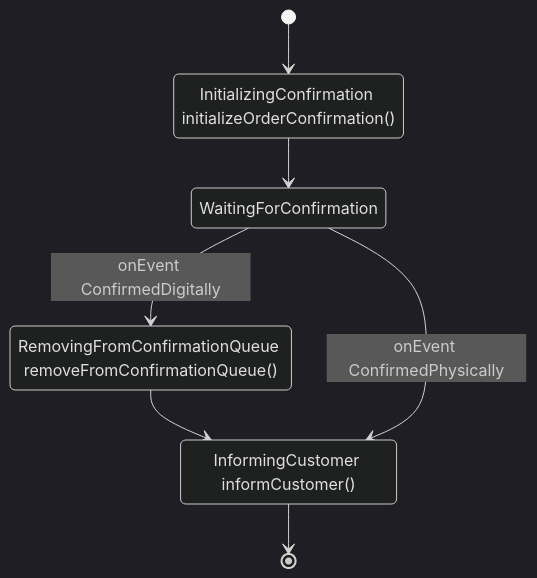
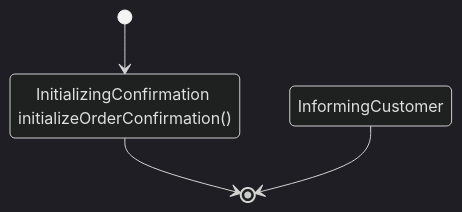
The first of 3 diagrams in README.md (marcingurbisz/flowlite), drawn with Mermaid (dark theme) before and after one commit. The commit also changed other lines of this file, not shown here.

Commit message:
chore: update flow docs

````diff
--- a/README.md
+++ b/README.md
@@ -46,13 +44,8 @@
 ```mermaid
 stateDiagram-v2
     [*] --> InitializingConfirmation
     InitializingConfirmation: InitializingConfirmation initializeOrderConfirmation()
-    InitializingConfirmation --> WaitingForConfirmation
-    WaitingForConfirmation --> RemovingFromConfirmationQueue: onEvent ConfirmedDigitally
-    RemovingFromConfirmationQueue: RemovingFromConfirmationQueue removeFromConfirmationQueue()
-    RemovingFromConfirmationQueue --> InformingCustomer
-    InformingCustomer: InformingCustomer informCustomer()
-    WaitingForConfirmation --> InformingCustomer: onEvent ConfirmedPhysically
+    InitializingConfirmation --> [*]
     InformingCustomer --> [*]
 
 ```
````
